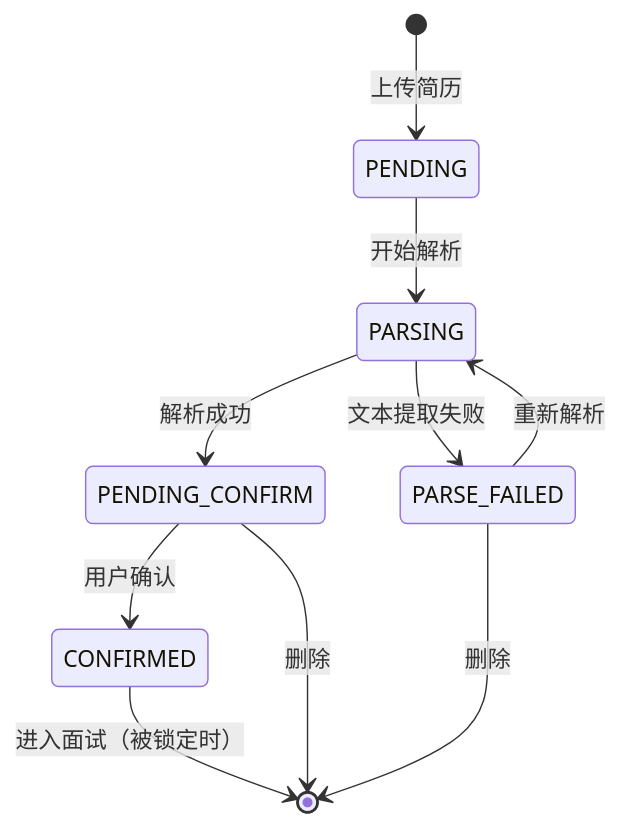
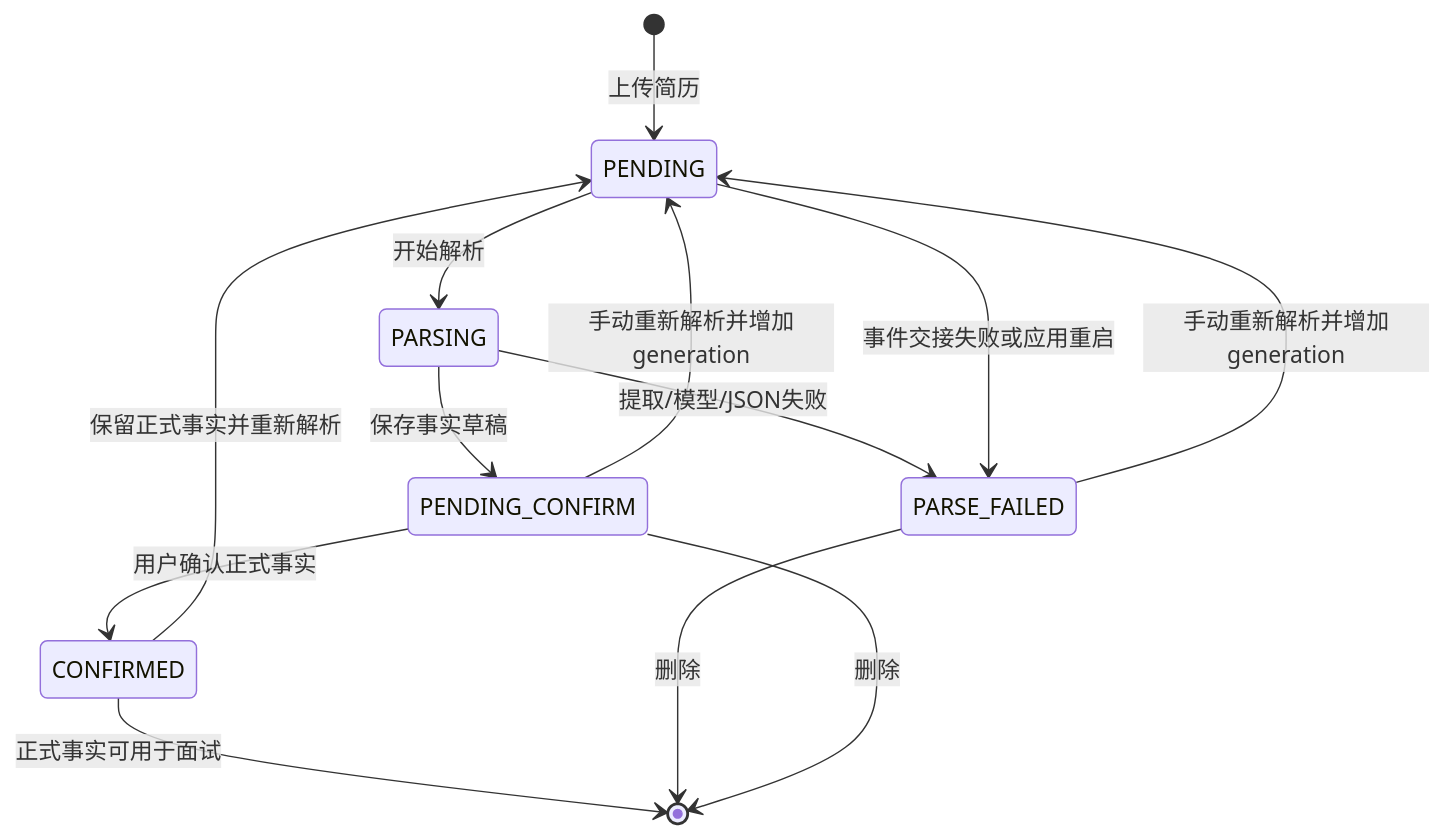
One commit to wanzhihuiha/interview-coach changed the seventh of 8 diagrams in docs/design/resume-module.md. Above: the diagram before and after it, drawn with Mermaid. The commit also changed other lines of this file and 5 other files, not shown here.

````diff
--- a/docs/design/resume-module.md
+++ b/docs/design/resume-module.md
@@ -835,13 +1041,16 @@
 ```mermaid
 stateDiagram-v2
     [*] --> PENDING: 上传简历
     PENDING --> PARSING: 开始解析
-    PARSING --> PENDING_CONFIRM: 解析成功
-    PARSING --> PARSE_FAILED: 文本提取失败
-    PARSE_FAILED --> PARSING: 重新解析
-    PENDING_CONFIRM --> CONFIRMED: 用户确认
-    CONFIRMED --> [*]: 进入面试（被锁定时）
+    PARSING --> PENDING_CONFIRM: 保存事实草稿
+    PARSING --> PARSE_FAILED: 提取/模型/JSON失败
+    PENDING --> PARSE_FAILED: 事件交接失败或应用重启
+    PARSE_FAILED --> PENDING: 手动重新解析并增加generation
+    PENDING_CONFIRM --> CONFIRMED: 用户确认正式事实
+    PENDING_CONFIRM --> PENDING: 手动重新解析并增加generation
+    CONFIRMED --> PENDING: 保留正式事实并重新解析
+    CONFIRMED --> [*]: 正式事实可用于面试
 
     PARSE_FAILED --> [*]: 删除
     PENDING_CONFIRM --> [*]: 删除
 ```
````
